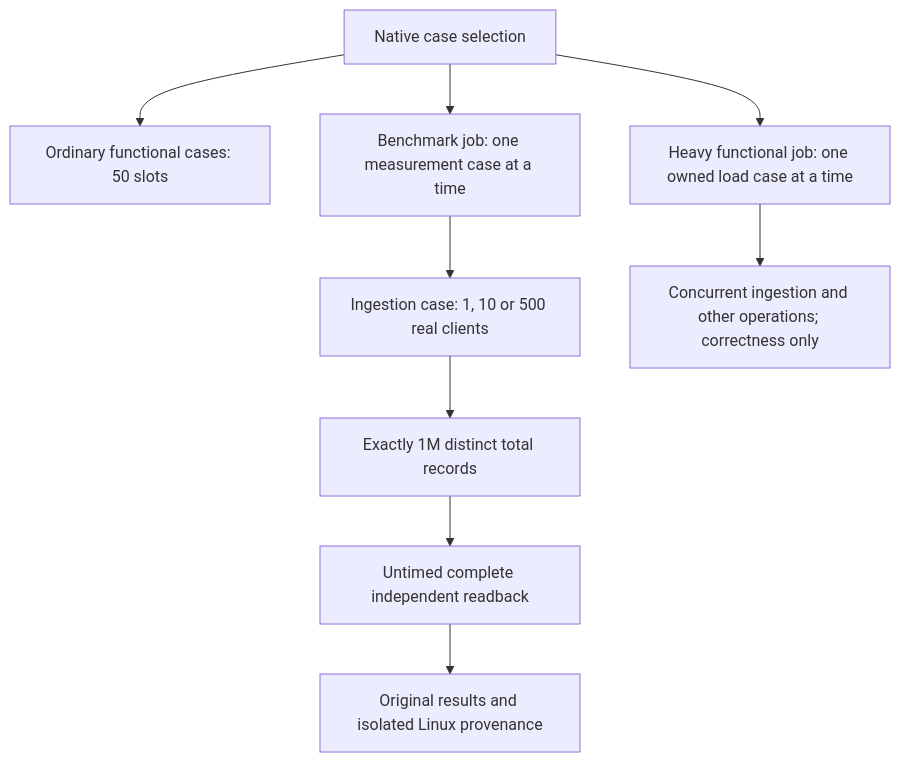
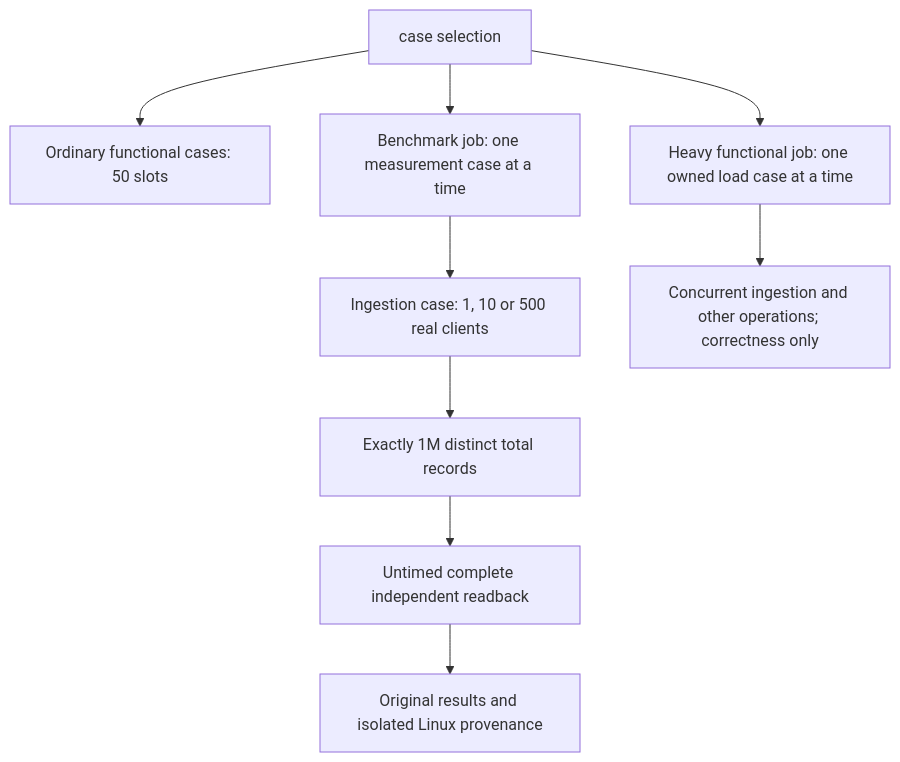
One commit to managedcode/KeyLoad changed the second of 2 diagrams in docs/Features/BenchmarkComparisons/ScalingQualification.md. Above: the diagram before and after it, drawn with Mermaid. The commit also changed other lines of this file and 9016 other files, not shown here.

````diff
--- a/docs/Features/BenchmarkComparisons/ScalingQualification.md
+++ b/docs/Features/BenchmarkComparisons/ScalingQualification.md
@@ -234,11 +234,11 @@
 ```mermaid
 flowchart TD
-    Selection[Native case selection] --> Ordinary[Ordinary functional cases: 50 slots]
+    Selection[case selection] --> Ordinary[Ordinary functional cases: 50 slots]
     Selection --> Measurement[Benchmark job: one measurement case at a time]
     Selection --> Heavy[Heavy functional job: one owned load case at a time]
     Measurement --> Clients[Ingestion case: 1, 10 or 500 real clients]
     Clients --> Records[Exactly 1M distinct total records]
     Records --> Readback[Untimed complete independent readback]
     Readback --> Original[Original results and isolated Linux provenance]
     Heavy --> Correctness[Concurrent ingestion and other operations; correctness only]
 ```
````
